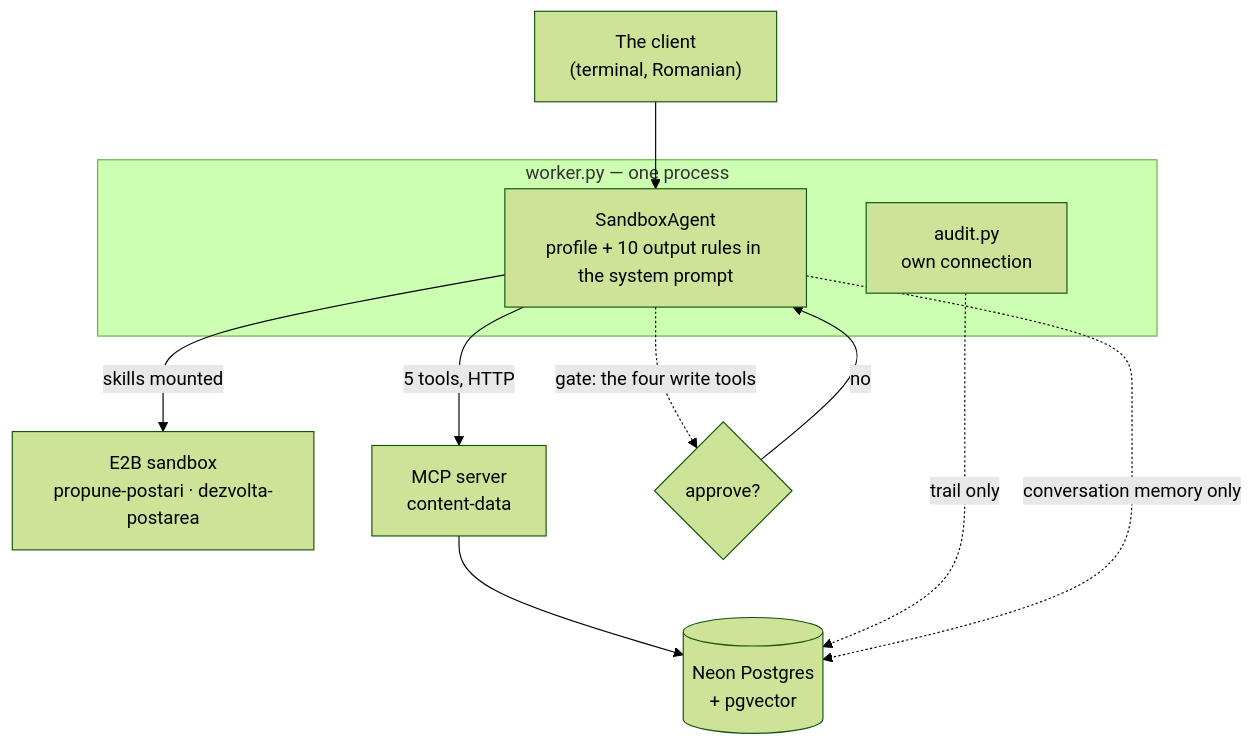
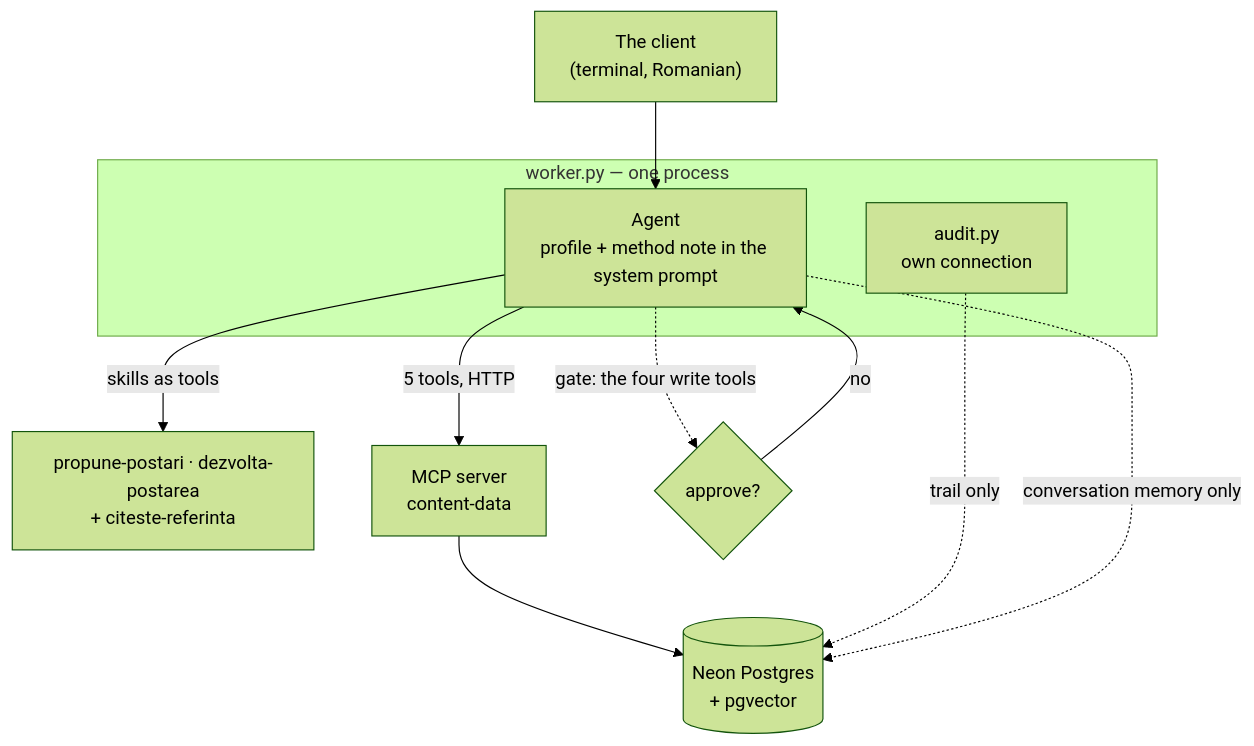
Before and after one commit to sorinLupaIonut/content-studio-fte: the diagram in README.md, drawn with Mermaid (forest theme). The commit also changed other lines of this file and 25 other files, not shown here.

````diff
--- a/README.md
+++ b/README.md
@@ -47,18 +47,18 @@
 ```mermaid
 flowchart TB
     U["The client<br/>(terminal, Romanian)"] --> W
 
     subgraph proc["worker.py — one process"]
-        W["SandboxAgent<br/>profile + 10 output rules in the system prompt"]
+        W["Agent<br/>profile + method note in the system prompt"]
         A["audit.py<br/>own connection"]
     end
 
-    W -->|"skills mounted"| S["E2B sandbox<br/>propune-postari · dezvolta-postarea"]
+    W -->|"skills as tools"| S["propune-postari · dezvolta-postarea<br/>+ citeste-referinta"]
     W -->|"5 tools, HTTP"| M["MCP server<br/>content-data"]
     W -.->|"gate: the four write tools"| G{"approve?"}
     G -->|"no"| W
 
     M --> DB[("Neon Postgres<br/>+ pgvector")]
     A -.->|"trail only"| DB
     W -.->|"conversation memory only"| DB
 ```
````
